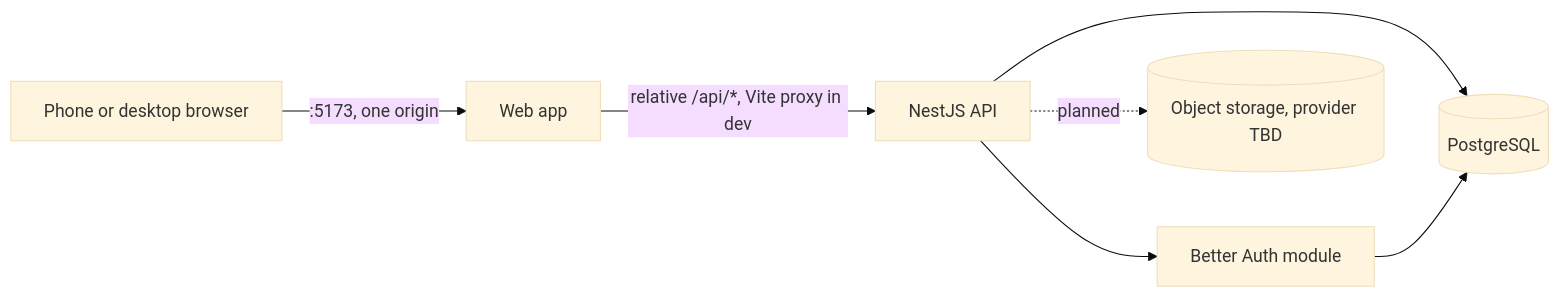
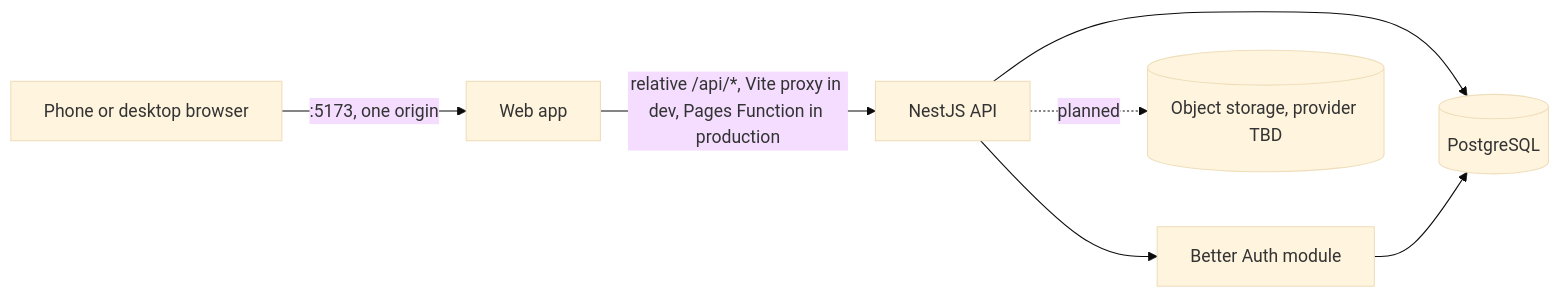
One commit to BluPrint-Engineering/bluprint-app changed the diagram in docs/ARCHITECTURE.md. Above: the diagram before and after it, drawn with Mermaid (base theme). The commit also changed other lines of this file and 18 other files, not shown here.

First line of the commit message:
feat: gate the API behind the Pages proxy and rate-limit by client IP (#131)

````diff
--- a/docs/ARCHITECTURE.md
+++ b/docs/ARCHITECTURE.md
@@ -75,9 +80,9 @@
 ```mermaid
 flowchart LR
   user[Phone or desktop browser] -->|":5173, one origin"| web[Web app]
-  web -->|"relative /api/*, Vite proxy in dev"| api[NestJS API]
+  web -->|"relative /api/*, Vite proxy in dev, Pages Function in production"| api[NestJS API]
   api --> auth[Better Auth module]
   api --> pg[(PostgreSQL)]
   auth --> pg
   api -.->|planned| s3[(Object storage, provider TBD)]
 ```
````
